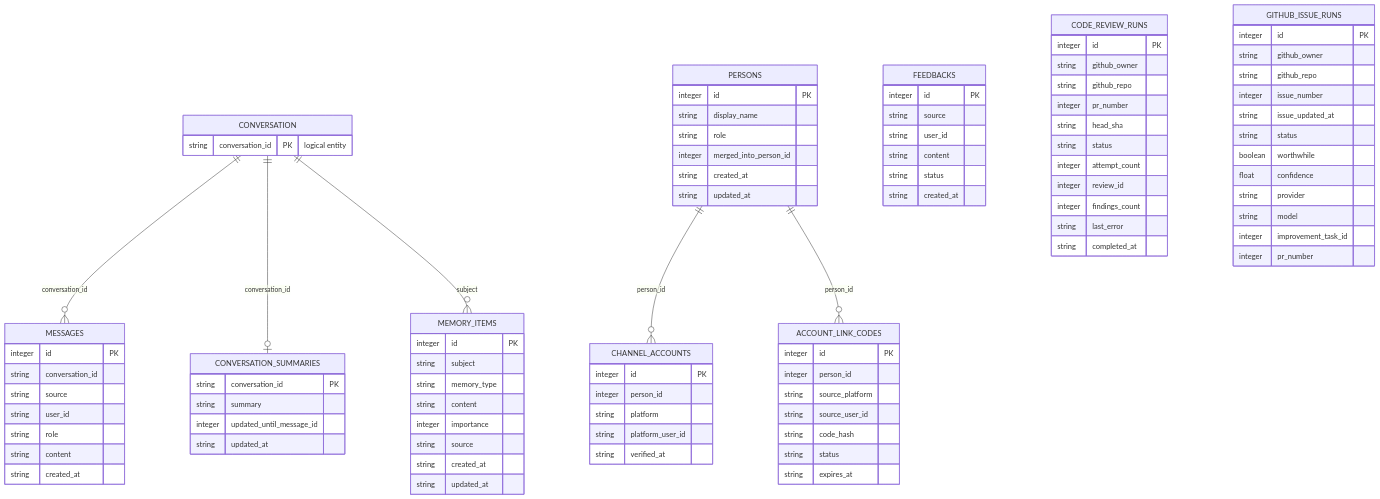
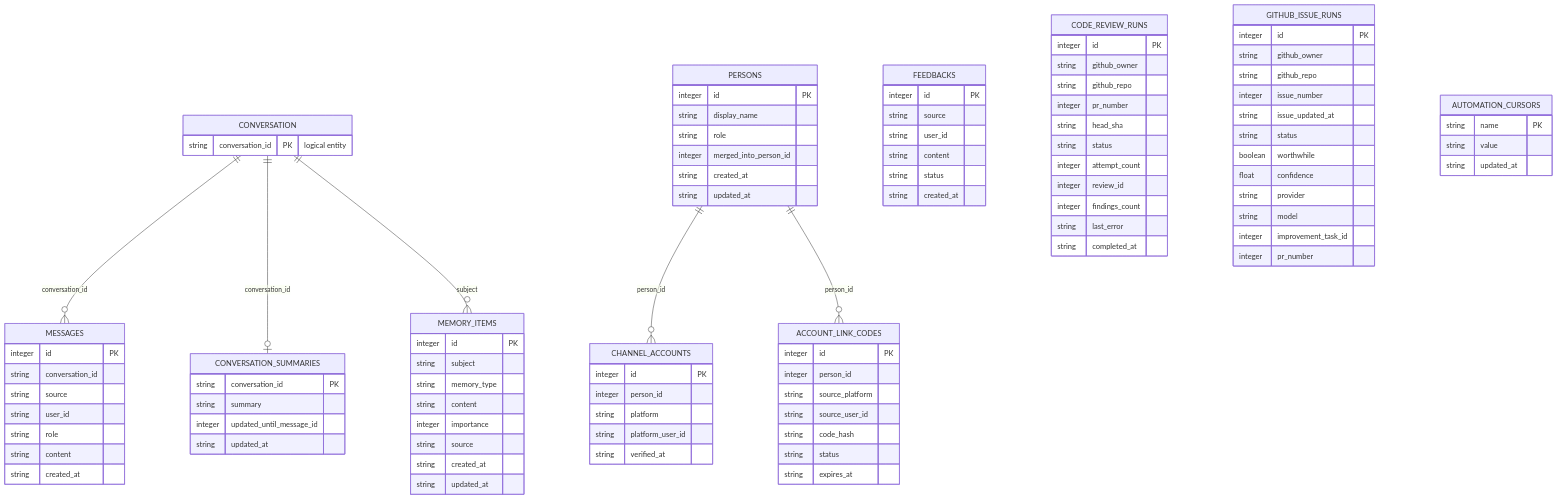
One commit to GugaBoBo-s/gugabobo changed the first of 5 diagrams in docs/PROJECT_BOOK.md. Above: the diagram before and after it, drawn with Mermaid. The commit also changed other lines of this file and 24 other files, not shown here.

```diff
--- a/docs/PROJECT_BOOK.md
+++ b/docs/PROJECT_BOOK.md
@@ -512,6 +512,12 @@
         integer pr_number
     }
 
+    AUTOMATION_CURSORS {
+        string name PK
+        string value
+        string updated_at
+    }
+
     CONVERSATION ||--o{ MESSAGES : "conversation_id"
     CONVERSATION ||--o| CONVERSATION_SUMMARIES : "conversation_id"
     CONVERSATION ||--o{ MEMORY_ITEMS : "subject"
```
